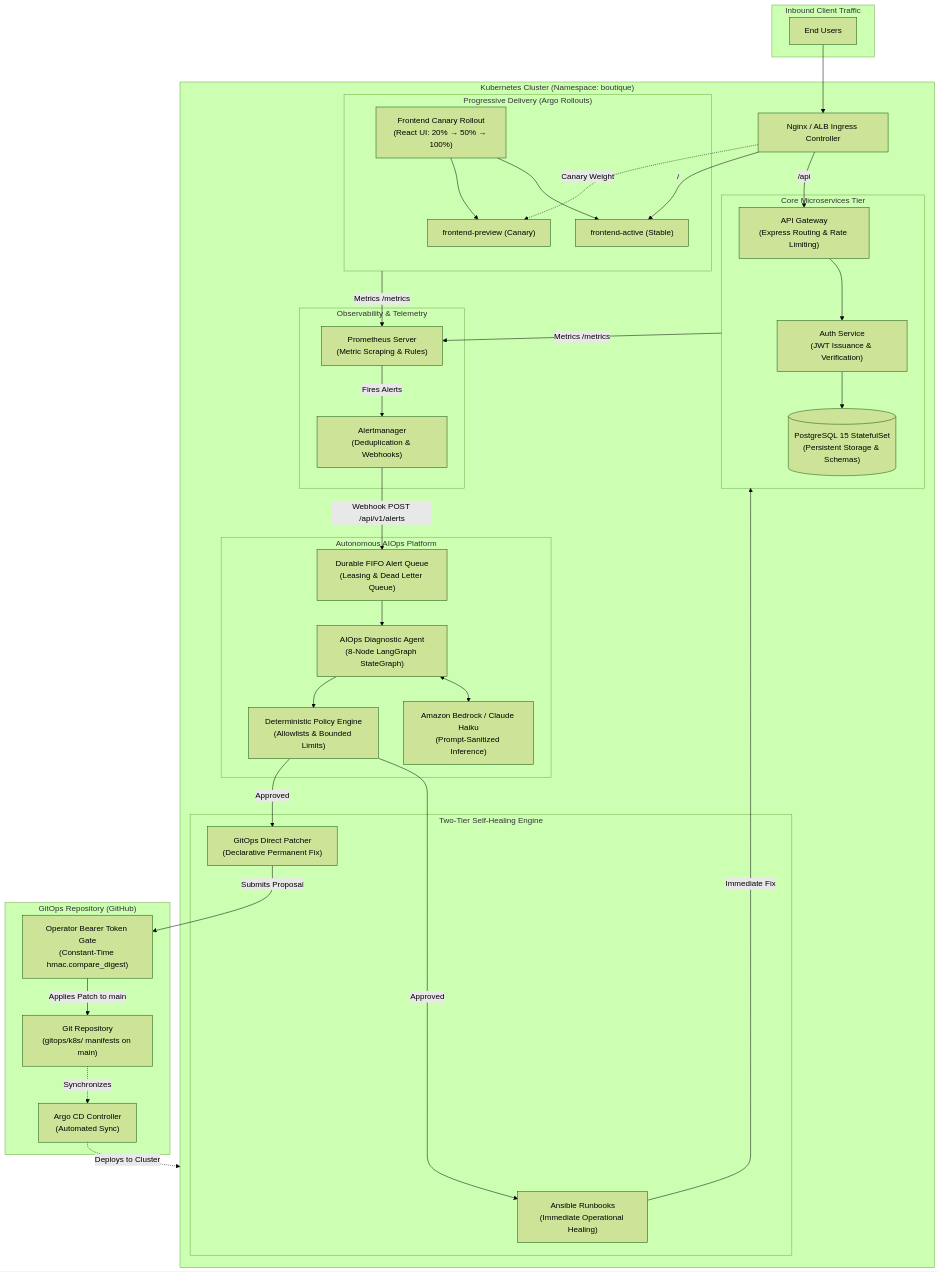
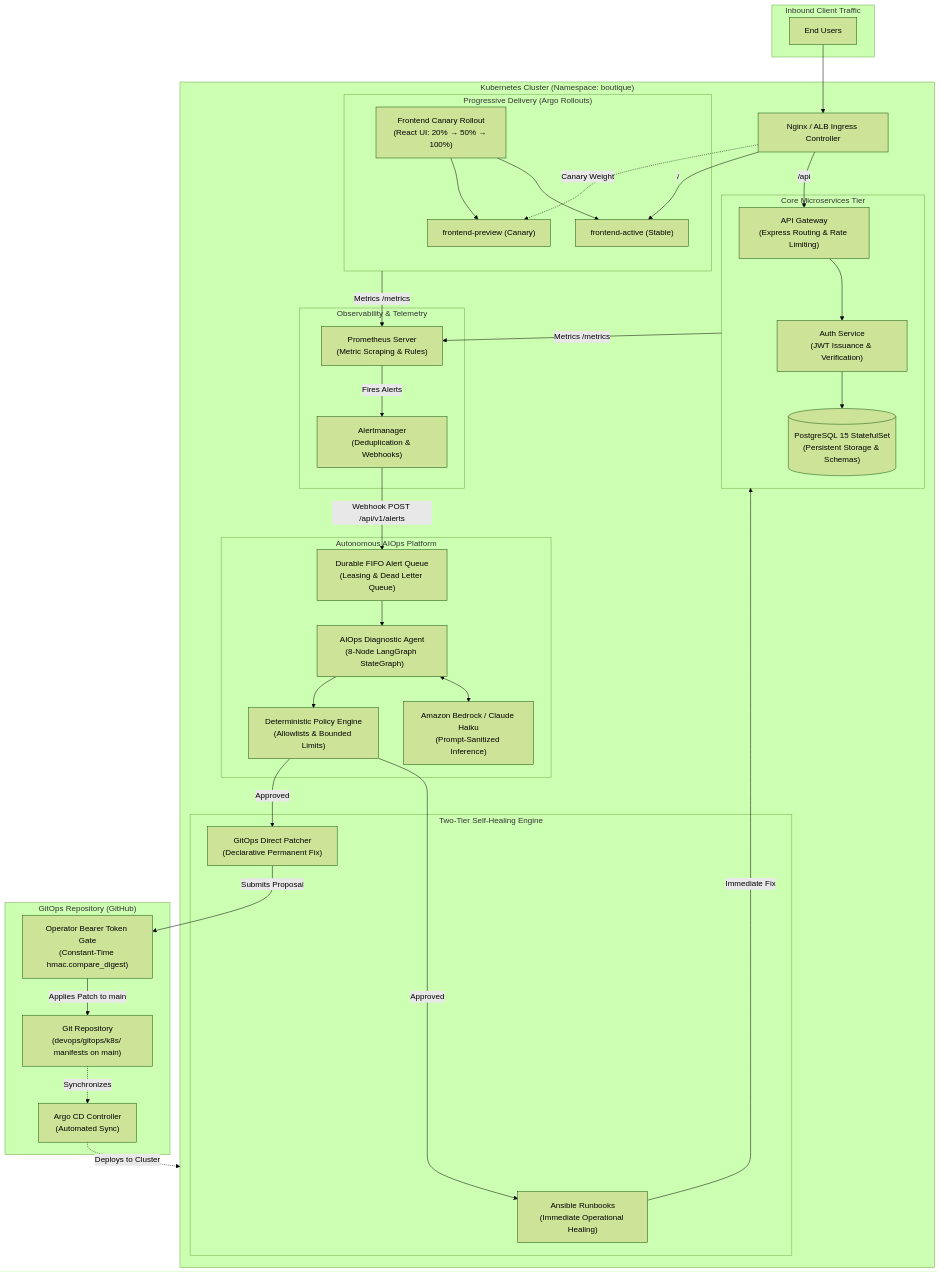
The diagram in README.md (itsme-aarjav/autonomous-devsecops-platform), drawn with Mermaid (forest theme) before and after one commit. The commit also changed other lines of this file and 87 other files, not shown here.

````diff
--- a/README.md
+++ b/README.md
@@ -21,73 +21,73 @@
 ```mermaid
 flowchart TD
     subgraph Traffic["Inbound Client Traffic"]
         User["End Users"]
     end
 
     subgraph Kubernetes["Kubernetes Cluster (Namespace: boutique)"]
         Ingress["Nginx / ALB Ingress Controller"]
 
         subgraph Canary_Delivery["Progressive Delivery (Argo Rollouts)"]
             FrontendRollout["Frontend Canary Rollout\n(React UI: 20% → 50% → 100%)"]
             FrontendActive["frontend-active (Stable)"]
             FrontendPreview["frontend-preview (Canary)"]
         end
 
         subgraph Core_Services["Core Microservices Tier"]
             Gateway["API Gateway\n(Express Routing & Rate Limiting)"]
             Auth["Auth Service\n(JWT Issuance & Verification)"]
             Postgres[("PostgreSQL 15 StatefulSet\n(Persistent Storage & Schemas)")]
         end
 
         subgraph Telemetry["Observability & Telemetry"]
             Prometheus["Prometheus Server\n(Metric Scraping & Rules)"]
             Alertmanager["Alertmanager\n(Deduplication & Webhooks)"]
         end
 
         subgraph AIOps_Platform["Autonomous AIOps Platform"]
             AlertQueue["Durable FIFO Alert Queue\n(Leasing & Dead Letter Queue)"]
             AIOpsAgent["AIOps Diagnostic Agent\n(8-Node LangGraph StateGraph)"]
             LLM["Amazon Bedrock / Claude Haiku\n(Prompt-Sanitized Inference)"]
             Policy["Deterministic Policy Engine\n(Allowlists & Bounded Limits)"]
         end
 
         subgraph Remediation["Two-Tier Self-Healing Engine"]
             Ansible["Ansible Runbooks\n(Immediate Operational Healing)"]
             GitOpsRemediation["GitOps Direct Patcher\n(Declarative Permanent Fix)"]
         end
     end
 
     subgraph VersionControl["GitOps Repository (GitHub)"]
-        GitRepo["Git Repository\n(gitops/k8s/ manifests on main)"]
+        GitRepo["Git Repository\n(devops/gitops/k8s/ manifests on main)"]
         ApprovalGate["Operator Bearer Token Gate\n(Constant-Time hmac.compare_digest)"]
         ArgoCD["Argo CD Controller\n(Automated Sync)"]
     end
 
     %% Traffic Routing
     User --> Ingress
     Ingress -->|/| FrontendActive
     Ingress -.->|Canary Weight| FrontendPreview
     FrontendRollout --> FrontendActive & FrontendPreview
     Ingress -->|/api| Gateway
     Gateway --> Auth
     Auth --> Postgres
 
     %% Observability Loop
     Core_Services & Canary_Delivery -->|Metrics /metrics| Prometheus
     Prometheus -->|Fires Alerts| Alertmanager
     Alertmanager -->|Webhook POST /api/v1/alerts| AlertQueue
     AlertQueue --> AIOpsAgent
 
     %% AIOps Investigation
     AIOpsAgent <--> LLM
     AIOpsAgent --> Policy
 
     %% Two-Tier Remediation
     Policy -->|Approved| Ansible
     Policy -->|Approved| GitOpsRemediation
     Ansible -->|Immediate Fix| Core_Services
     GitOpsRemediation -->|Submits Proposal| ApprovalGate
     ApprovalGate -->|Applies Patch to main| GitRepo
     GitRepo -.->|Synchronizes| ArgoCD
     ArgoCD -.->|Deploys to Cluster| Kubernetes
 ```
````
